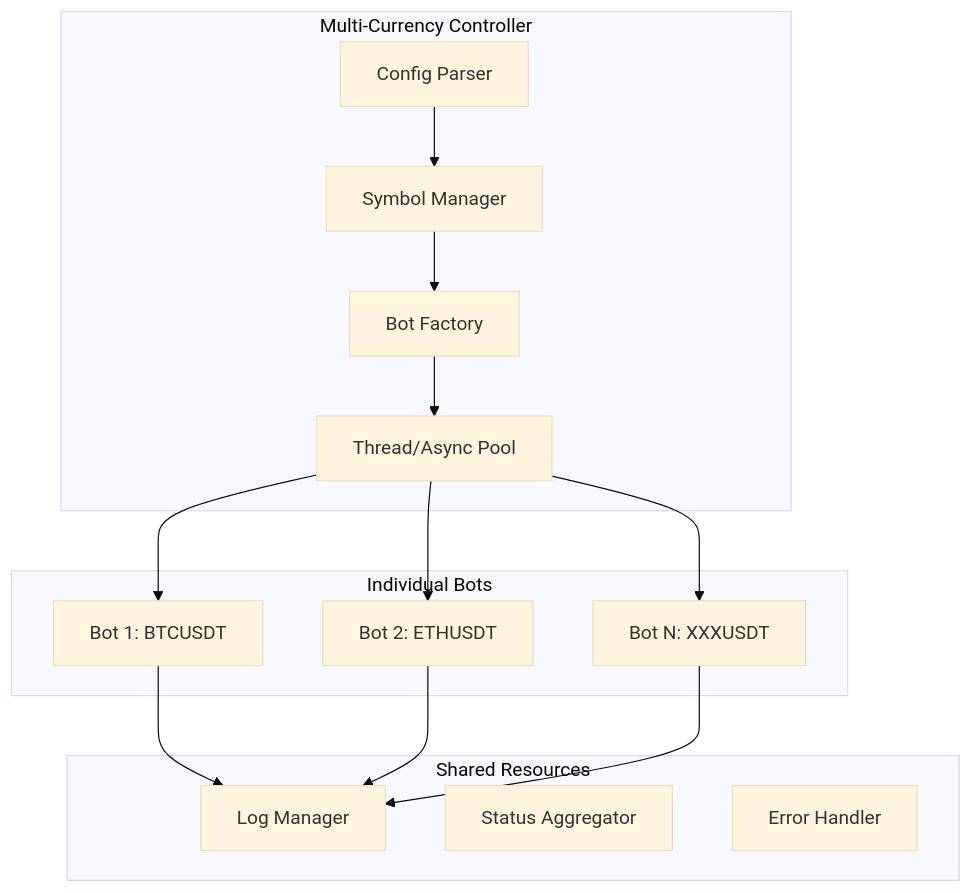
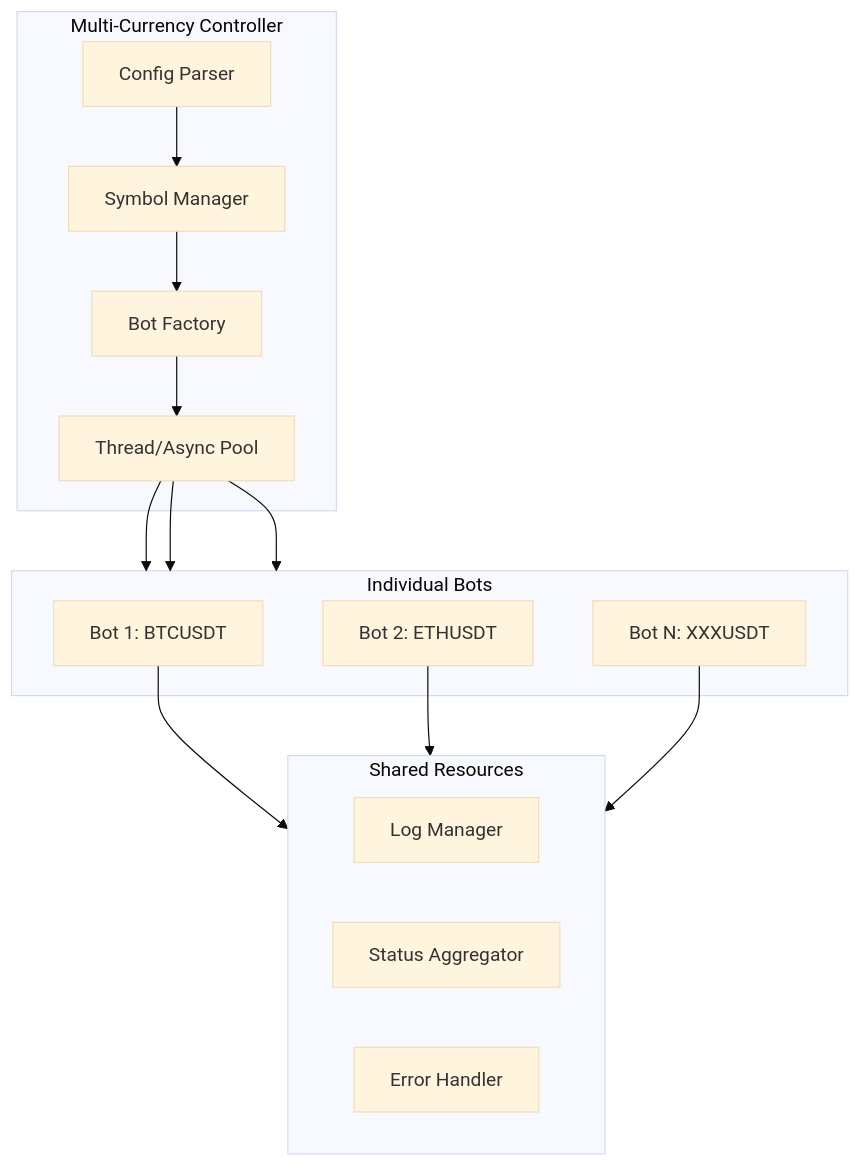
The third of 4 diagrams in README.md (aoooeg/AS-Grid), drawn with Mermaid (base theme) before and after one commit. The commit also changed other lines of this file, not shown here.

Commit message:
Fix Mermaid diagram connections for better readability

````diff
--- a/README.md
+++ b/README.md
@@ -129,25 +129,25 @@
 ```mermaid
 flowchart TB
     subgraph Controller["Multi-Currency Controller"]
         A2[Config Parser] --> B2[Symbol Manager]
         B2 --> C2[Bot Factory]
         C2 --> D2[Thread/Async Pool]
     end
 
     subgraph Bots["Individual Bots"]
         E2[Bot 1: BTCUSDT]
         F2[Bot 2: ETHUSDT]
         G2[Bot N: XXXUSDT]
     end
 
     subgraph Shared["Shared Resources"]
         H2[Log Manager]
         I2[Status Aggregator]
         J2[Error Handler]
     end
 
-    D2 --> E2 & F2 & G2
-    E2 --> H2
-    F2 --> H2
-    G2 --> H2
+    D2 --> Bots & Bots & Bots
+    E2 --> Shared
+    F2 --> Shared
+    G2 --> Shared
 ```
````
